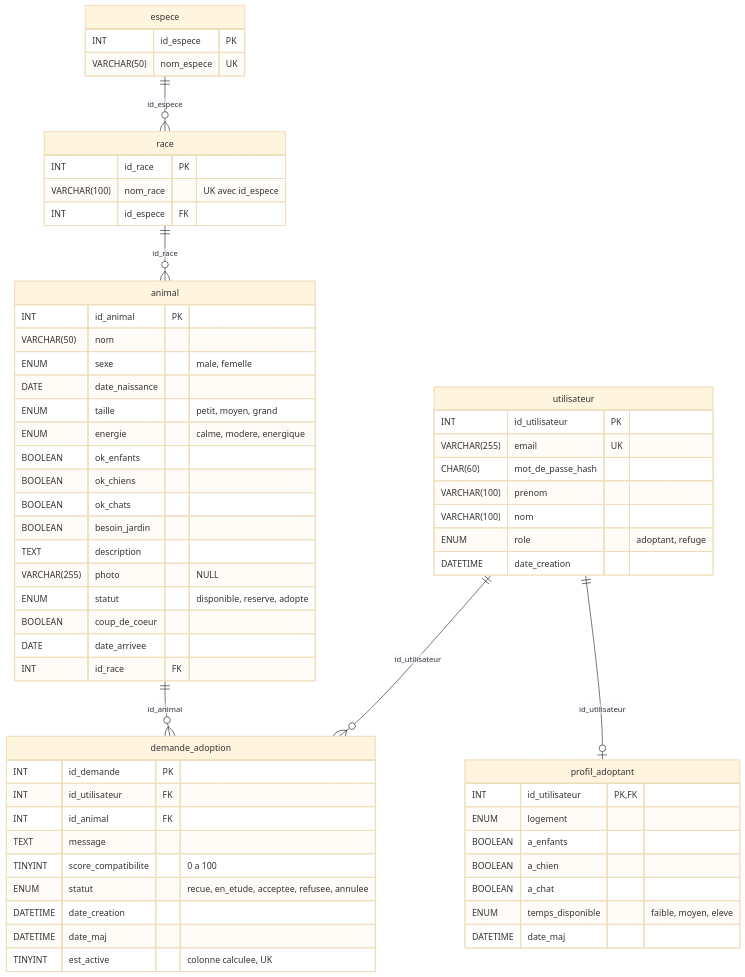
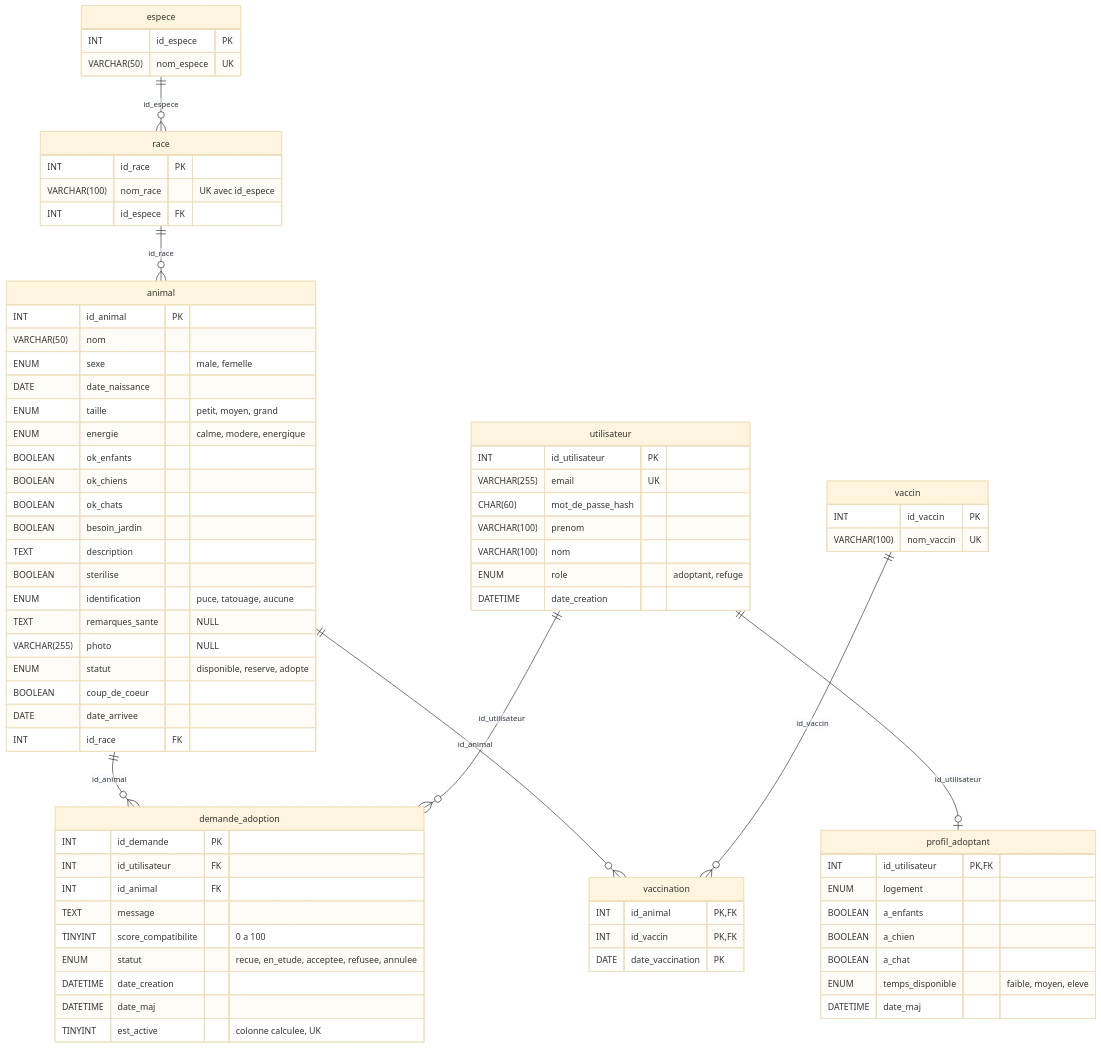
One commit to carolereperant-cpu/miaoutic changed the diagram in docs/conception/mld.mmd. Above: the diagram before and after it, drawn with Mermaid (base theme). The commit also changed 8 other files, not shown here.

```diff
--- a/docs/conception/mld.mmd
+++ b/docs/conception/mld.mmd
@@ -1,63 +1,77 @@
 erDiagram
     espece ||--o{ race : "id_espece"
     race ||--o{ animal : "id_race"
     animal ||--o{ demande_adoption : "id_animal"
     utilisateur ||--o{ demande_adoption : "id_utilisateur"
     utilisateur ||--o| profil_adoptant : "id_utilisateur"
+    animal ||--o{ vaccination : "id_animal"
+    vaccin ||--o{ vaccination : "id_vaccin"
 
     espece {
         INT id_espece PK
         VARCHAR(50) nom_espece UK
     }
     race {
         INT id_race PK
         VARCHAR(100) nom_race "UK avec id_espece"
         INT id_espece FK
     }
     animal {
         INT id_animal PK
         VARCHAR(50) nom
         ENUM sexe "male, femelle"
         DATE date_naissance
         ENUM taille "petit, moyen, grand"
         ENUM energie "calme, modere, energique"
         BOOLEAN ok_enfants
         BOOLEAN ok_chiens
         BOOLEAN ok_chats
         BOOLEAN besoin_jardin
         TEXT description
+        BOOLEAN sterilise
+        ENUM identification "puce, tatouage, aucune"
+        TEXT remarques_sante "NULL"
         VARCHAR(255) photo "NULL"
         ENUM statut "disponible, reserve, adopte"
         BOOLEAN coup_de_coeur
         DATE date_arrivee
         INT id_race FK
     }
     utilisateur {
         INT id_utilisateur PK
         VARCHAR(255) email UK
         CHAR(60) mot_de_passe_hash
         VARCHAR(100) prenom
         VARCHAR(100) nom
         ENUM role "adoptant, refuge"
         DATETIME date_creation
     }
     profil_adoptant {
         INT id_utilisateur PK, FK
         ENUM logement
         BOOLEAN a_enfants
         BOOLEAN a_chien
         BOOLEAN a_chat
         ENUM temps_disponible "faible, moyen, eleve"
         DATETIME date_maj
     }
     demande_adoption {
         INT id_demande PK
         INT id_utilisateur FK
         INT id_animal FK
         TEXT message
         TINYINT score_compatibilite "0 a 100"
         ENUM statut "recue, en_etude, acceptee, refusee, annulee"
         DATETIME date_creation
         DATETIME date_maj
         TINYINT est_active "colonne calculee, UK"
     }
+    vaccin {
+        INT id_vaccin PK
+        VARCHAR(100) nom_vaccin UK
+    }
+    vaccination {
+        INT id_animal PK, FK
+        INT id_vaccin PK, FK
+        DATE date_vaccination PK
+    }
```
